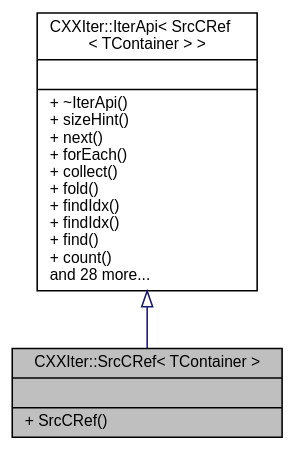
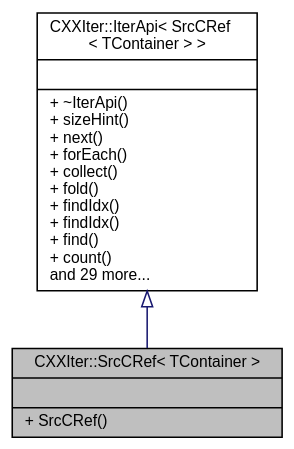
The diagram in classCXXIter_1_1SrcCRef__coll__graph.dot (seijikun/CXXIter), drawn with Graphviz before and after one commit. The commit also changed 23 other files, not shown here.

```diff
--- a/classCXXIter_1_1SrcCRef__coll__graph.dot
+++ b/classCXXIter_1_1SrcCRef__coll__graph.dot
@@ -1,11 +1,11 @@
 digraph "CXXIter::SrcCRef&lt; TContainer &gt;"
 {
  // INTERACTIVE_SVG=YES
  // LATEX_PDF_SIZE
   bgcolor="transparent";
   edge [fontname="Helvetica",fontsize="10",labelfontname="Helvetica",labelfontsize="10"];
   node [fontname="Helvetica",fontsize="10",shape=record];
   Node1 [label="{CXXIter::SrcCRef\< TContainer \>\n||+ SrcCRef()\l}",height=0.2,width=0.4,color="black", fillcolor="grey75", style="filled", fontcolor="black",tooltip="CXXIter iterator source that immutably borrows the input item source, and passes immutable references..."];
   Node2 -> Node1 [dir="back",color="midnightblue",fontsize="10",style="solid",arrowtail="onormal",fontname="Helvetica"];
-  Node2 [label="{CXXIter::IterApi\< SrcCRef\l\< TContainer \> \>\n||+ ~IterApi()\l+ sizeHint()\l+ next()\l+ forEach()\l+ collect()\l+ fold()\l+ findIdx()\l+ findIdx()\l+ find()\l+ count()\land 28 more...\l}",height=0.2,width=0.4,color="black",URL="$classCXXIter_1_1IterApi.html",tooltip=" "];
+  Node2 [label="{CXXIter::IterApi\< SrcCRef\l\< TContainer \> \>\n||+ ~IterApi()\l+ sizeHint()\l+ next()\l+ forEach()\l+ collect()\l+ fold()\l+ findIdx()\l+ findIdx()\l+ find()\l+ count()\land 29 more...\l}",height=0.2,width=0.4,color="black",URL="$classCXXIter_1_1IterApi.html",tooltip=" "];
 }
```
